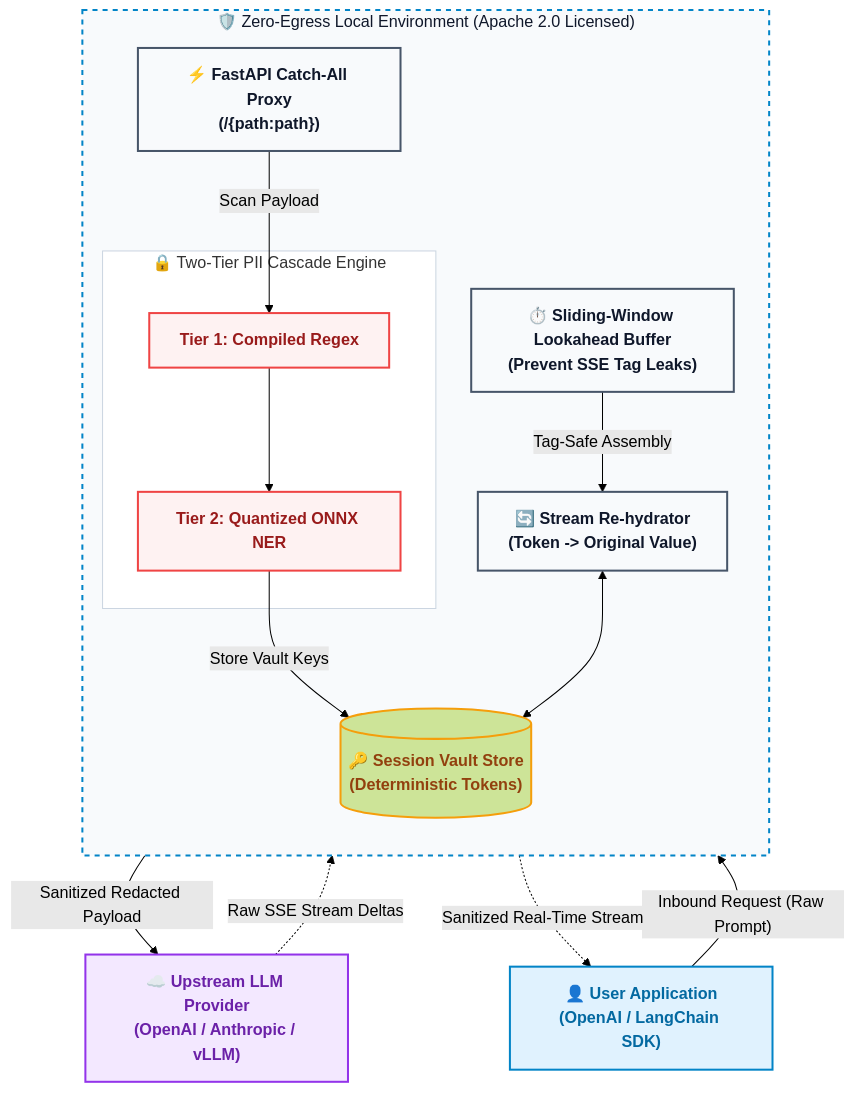
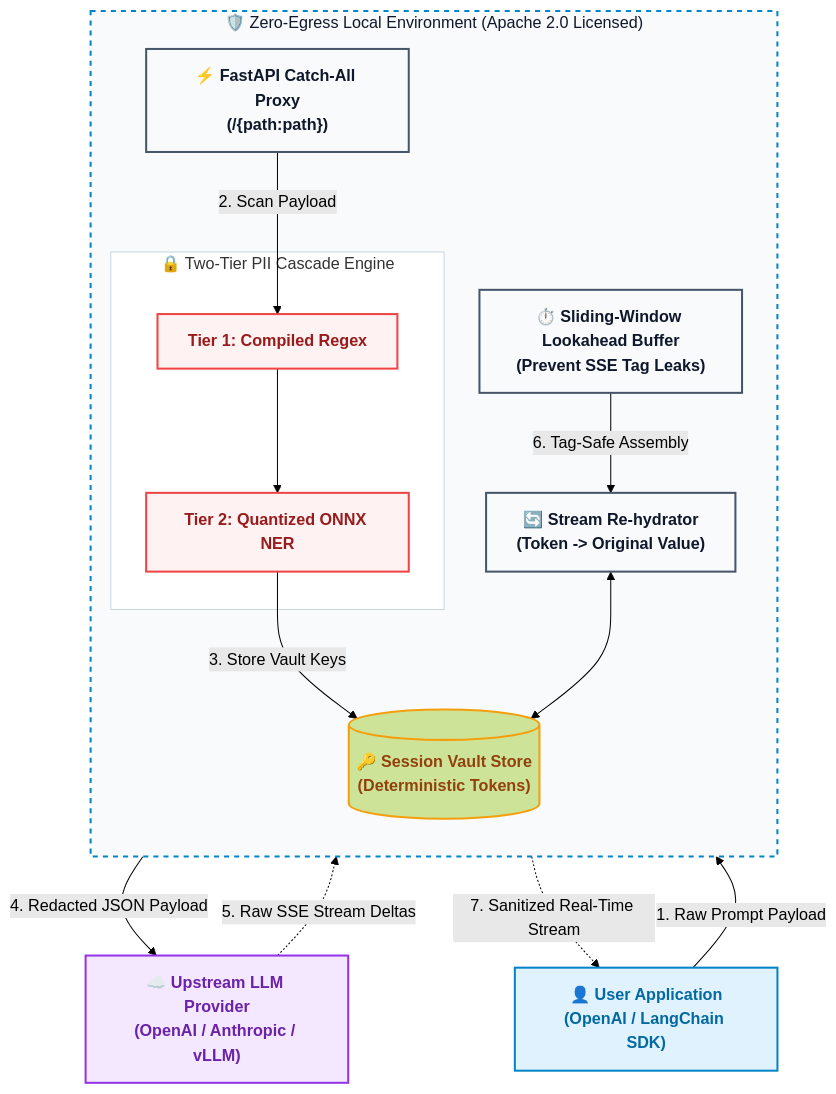
One commit to ninadphalak/LLM-Shield-Proxy changed the diagram in README.md. Above: the diagram before and after it, drawn with Mermaid (forest theme).

Commit message:
docs: restore step numbers 1-7 on Mermaid diagram edges with clean label formatting

````diff
--- a/README.md
+++ b/README.md
@@ -17,42 +17,42 @@
 ```mermaid
 flowchart TD
     classDef client fill:#e0f2fe,stroke:#0284c7,stroke-width:2px,color:#0369a1,font-weight:bold;
     classDef proxyEngine fill:#f8fafc,stroke:#475569,stroke-width:2px,color:#0f172a,font-weight:bold;
     classDef piiSecurity fill:#fef2f2,stroke:#ef4444,stroke-width:2px,color:#991b1b,font-weight:bold;
     classDef vault fill:#fffbebe,stroke:#f59e0b,stroke-width:2px,color:#92400e,font-weight:bold;
     classDef upstream fill:#f3e8ff,stroke:#9333ea,stroke-width:2px,color:#6b21a8,font-weight:bold;
 
     UserApp["👤 User Application\n(OpenAI / LangChain SDK)"]:::client
 
     subgraph SecurityMoat ["🛡️ Zero-Egress Local Environment (Apache 2.0 Licensed)"]
         direction TD
         FastAPIProxy["⚡ FastAPI Catch-All Proxy\n(/{path:path})"]:::proxyEngine
 
         subgraph CascadeEngine ["🔒 Two-Tier PII Cascade Engine"]
             Tier1["Tier 1: Compiled Regex"]:::piiSecurity
             Tier2["Tier 2: Quantized ONNX NER"]:::piiSecurity
             Tier1 --> Tier2
         end
 
         VaultStore[("🔑 Session Vault Store\n(Deterministic Tokens)")]:::vault
         LookaheadBuffer["⏱️ Sliding-Window Lookahead Buffer\n(Prevent SSE Tag Leaks)"]:::proxyEngine
         Rehydrator["🔄 Stream Re-hydrator\n(Token -> Original Value)"]:::proxyEngine
     end
 
     UpstreamLLM["☁️ Upstream LLM Provider\n(OpenAI / Anthropic / vLLM)"]:::upstream
 
     %% Inbound Flow (Prompt Sanitization)
-    UserApp -- "Inbound Request (Raw Prompt)" --> FastAPIProxy
-    FastAPIProxy -- "Scan Payload" --> Tier1
-    Tier2 -- "Store Vault Keys" --> VaultStore
-    Tier2 -- "Sanitized Redacted Payload" --> UpstreamLLM
+    UserApp -- "1. Raw Prompt Payload" --> FastAPIProxy
+    FastAPIProxy -- "2. Scan Payload" --> Tier1
+    Tier2 -- "3. Store Vault Keys" --> VaultStore
+    Tier2 -- "4. Redacted JSON Payload" --> UpstreamLLM
 
     %% Outbound Flow (Streaming De-redaction)
-    UpstreamLLM -. "Raw SSE Stream Deltas" .-> LookaheadBuffer
-    LookaheadBuffer -- "Tag-Safe Assembly" --> Rehydrator
+    UpstreamLLM -. "5. Raw SSE Stream Deltas" .-> LookaheadBuffer
+    LookaheadBuffer -- "6. Tag-Safe Assembly" --> Rehydrator
     Rehydrator <--> VaultStore
-    Rehydrator -. "Sanitized Real-Time Stream" .-> UserApp
+    Rehydrator -. "7. Sanitized Real-Time Stream" .-> UserApp
 
     style SecurityMoat fill:#f8fafc,stroke:#0284c7,stroke-width:2px,stroke-dasharray: 5 5,color:#0f172a
     style CascadeEngine fill:#ffffff,stroke:#cbd5e1,stroke-width:1px
 ```
````
